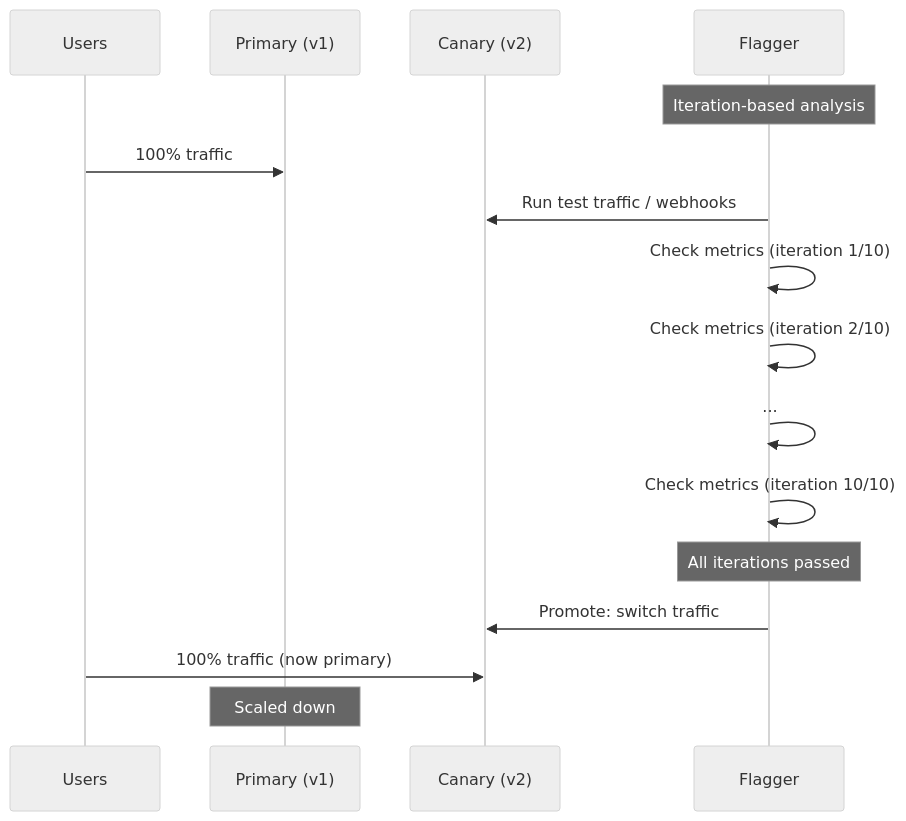
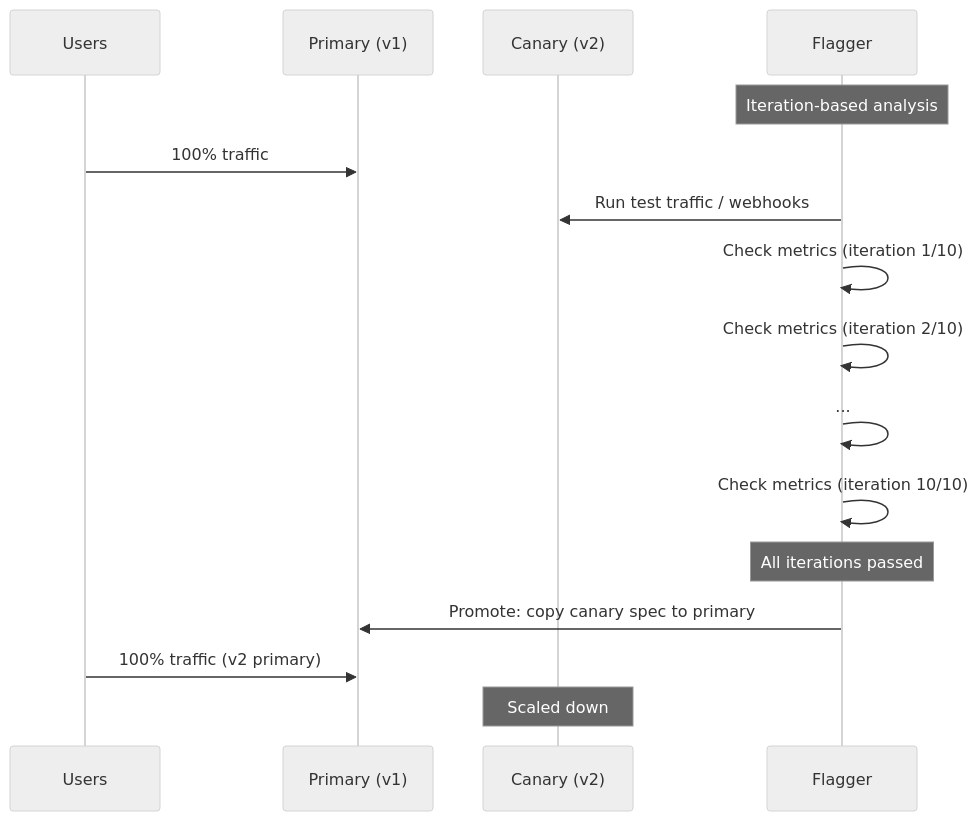
One commit to OneUptime/blog changed the second of 2 diagrams in posts/2026-03-13-how-to-configure-flagger-canary-iterations-for-blue-green/README.md. Above: the diagram before and after it, drawn with Mermaid (neutral theme). The commit also changed other lines of this file and 2 other files, not shown here.

Commit message:
validate: 2026-03-13-how-to-configure-flagger-canary-iterations-for-blue-green

````diff
--- a/posts/2026-03-13-how-to-configure-flagger-canary-iterations-for-blue-green/README.md
+++ b/posts/2026-03-13-how-to-configure-flagger-canary-iterations-for-blue-green/README.md
@@ -87,19 +87,19 @@
 ```mermaid
 sequenceDiagram
     participant U as Users
     participant P as Primary (v1)
     participant C as Canary (v2)
     participant F as Flagger
 
     Note over F: Iteration-based analysis
     U->>P: 100% traffic
     F->>C: Run test traffic / webhooks
     F->>F: Check metrics (iteration 1/10)
     F->>F: Check metrics (iteration 2/10)
     F->>F: ...
     F->>F: Check metrics (iteration 10/10)
     Note over F: All iterations passed
-    F->>C: Promote: switch traffic
-    U->>C: 100% traffic (now primary)
-    Note over P: Scaled down
+    F->>P: Promote: copy canary spec to primary
+    U->>P: 100% traffic (v2 primary)
+    Note over C: Scaled down
 ```
````
